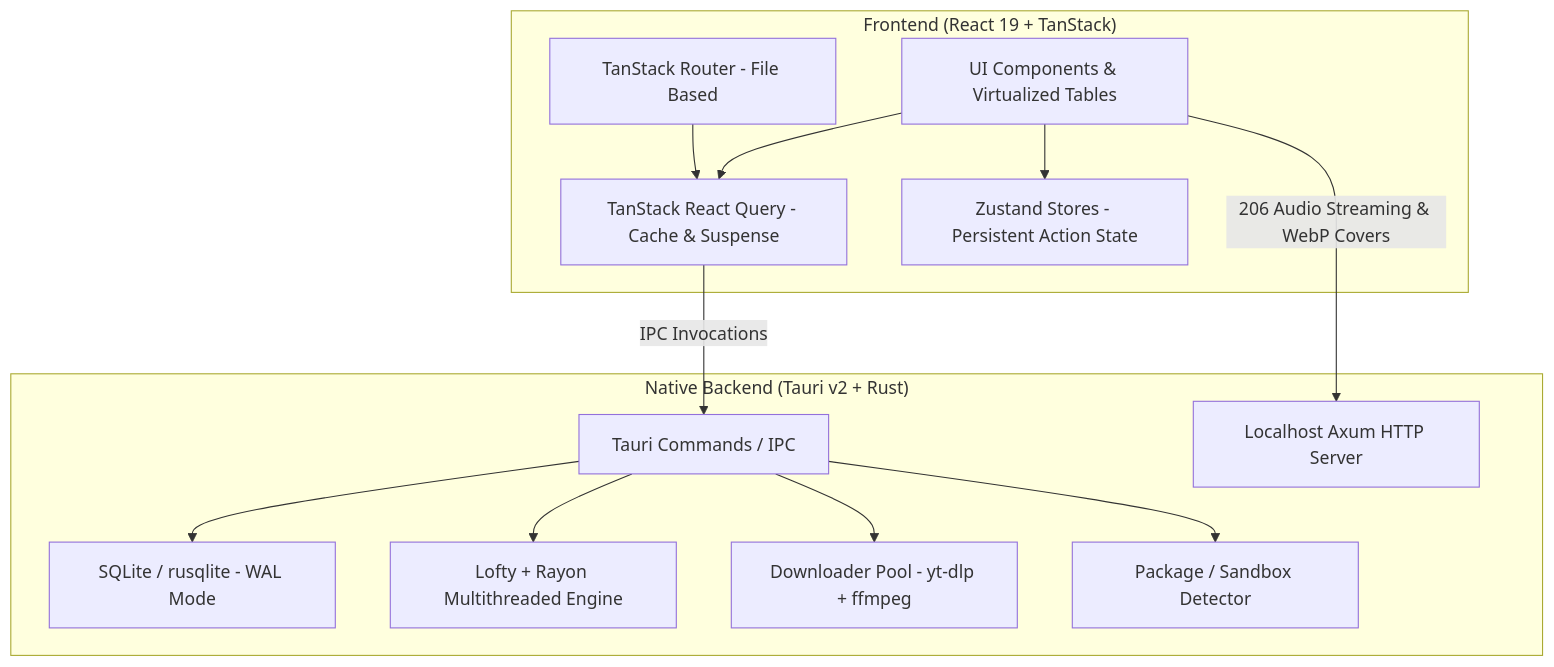
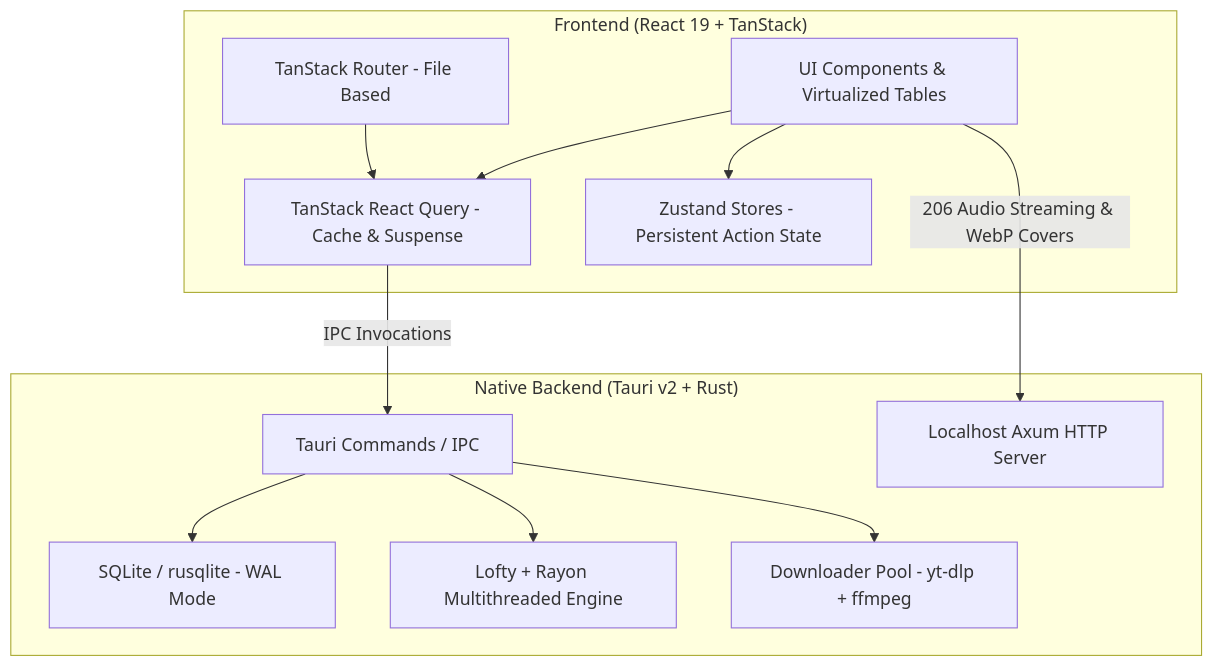
The diagram in docs/en/benchmarks.md (miguedev1047/ongaku), drawn with Mermaid before and after one commit. The commit also changed other lines of this file and 21 other files, not shown here.

````diff
--- a/docs/en/benchmarks.md
+++ b/docs/en/benchmarks.md
@@ -11,28 +11,26 @@
 ```mermaid
 graph TD
     subgraph Frontend ["Frontend (React 19 + TanStack)"]
         UI[UI Components & Virtualized Tables]
         TR[TanStack Router - File Based]
         TQ[TanStack React Query - Cache & Suspense]
         ZS[Zustand Stores - Persistent Action State]
     end
 
     subgraph Backend ["Native Backend (Tauri v2 + Rust)"]
         CMD[Tauri Commands / IPC]
         AXUM[Localhost Axum HTTP Server]
         SQL[SQLite / rusqlite - WAL Mode]
         META[Lofty + Rayon Multithreaded Engine]
         POOL[Downloader Pool - yt-dlp + ffmpeg]
-        PKG[Package / Sandbox Detector]
     end
 
     UI --> TQ
     UI --> ZS
     TR --> TQ
     TQ -->|IPC Invocations| CMD
     UI -->|206 Audio Streaming & WebP Covers| AXUM
     CMD --> SQL
     CMD --> META
     CMD --> POOL
-    CMD --> PKG
 ```
````
